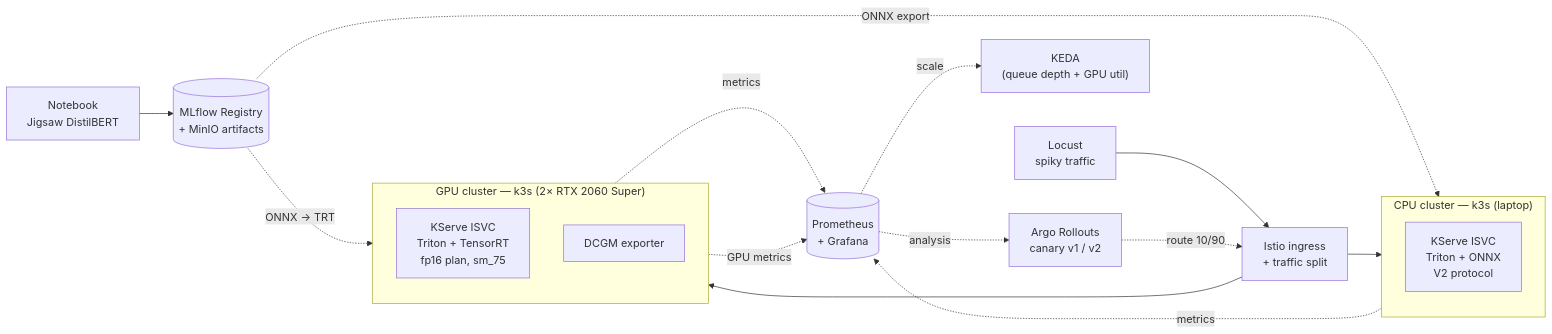
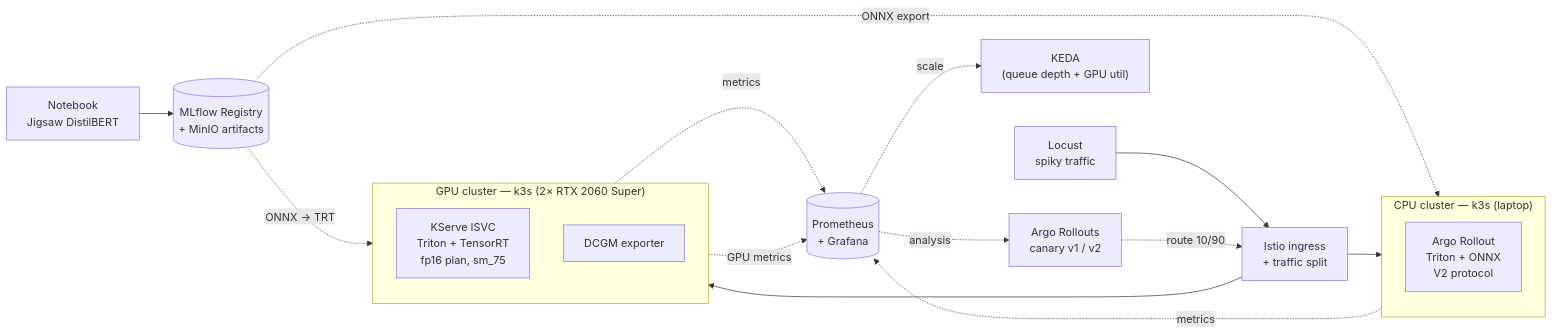
The diagram in README.md (huntermills707/haterade), drawn with Mermaid before and after one commit. The commit also changed other lines of this file and 21 other files, not shown here.

Commit message:
argo canary rollout with dashboard

````diff
--- a/README.md
+++ b/README.md
@@ -15,30 +15,30 @@
 ```mermaid
 flowchart LR
     Notebook["Notebook<br/>Jigsaw DistilBERT"] --> Registry[("MLflow Registry<br/>+ MinIO artifacts")]
     Registry -. ONNX export .-> CPU
     Registry -. ONNX → TRT .-> GPU
 
     Client["Locust<br/>spiky traffic"] --> Mesh["Istio ingress<br/>+ traffic split"]
 
     subgraph CPU["CPU cluster — k3s (laptop)"]
         direction TB
-        TritonCPU["KServe ISVC<br/>Triton + ONNX<br/>V2 protocol"]
+        TritonCPU["Argo Rollout<br/>Triton + ONNX<br/>V2 protocol"]
     end
 
     subgraph GPU["GPU cluster — k3s (2× RTX 2060 Super)"]
         direction TB
         Triton["KServe ISVC<br/>Triton + TensorRT<br/>fp16 plan, sm_75"]
         DCGM["DCGM exporter"]
     end
 
     Mesh --> CPU
     Mesh --> GPU
 
     TritonCPU -. metrics .-> Prom[("Prometheus<br/>+ Grafana")]
     Triton -. metrics .-> Prom
     DCGM  -. GPU metrics .-> Prom
 
     Prom -. scale .-> KEDA["KEDA<br/>(queue depth + GPU util)"]
     Prom -. analysis .-> Argo["Argo Rollouts<br/>canary v1 / v2"]
     Argo -. route 10/90 .-> Mesh
 ```
````
